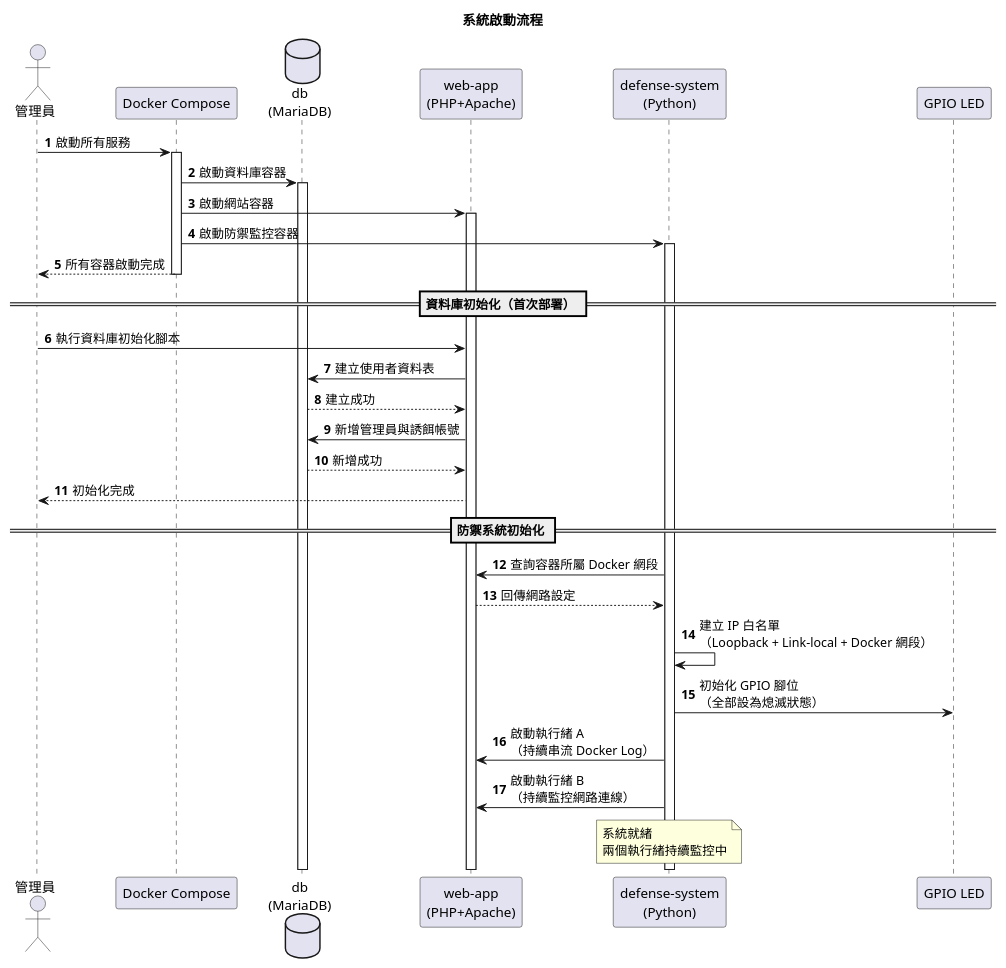
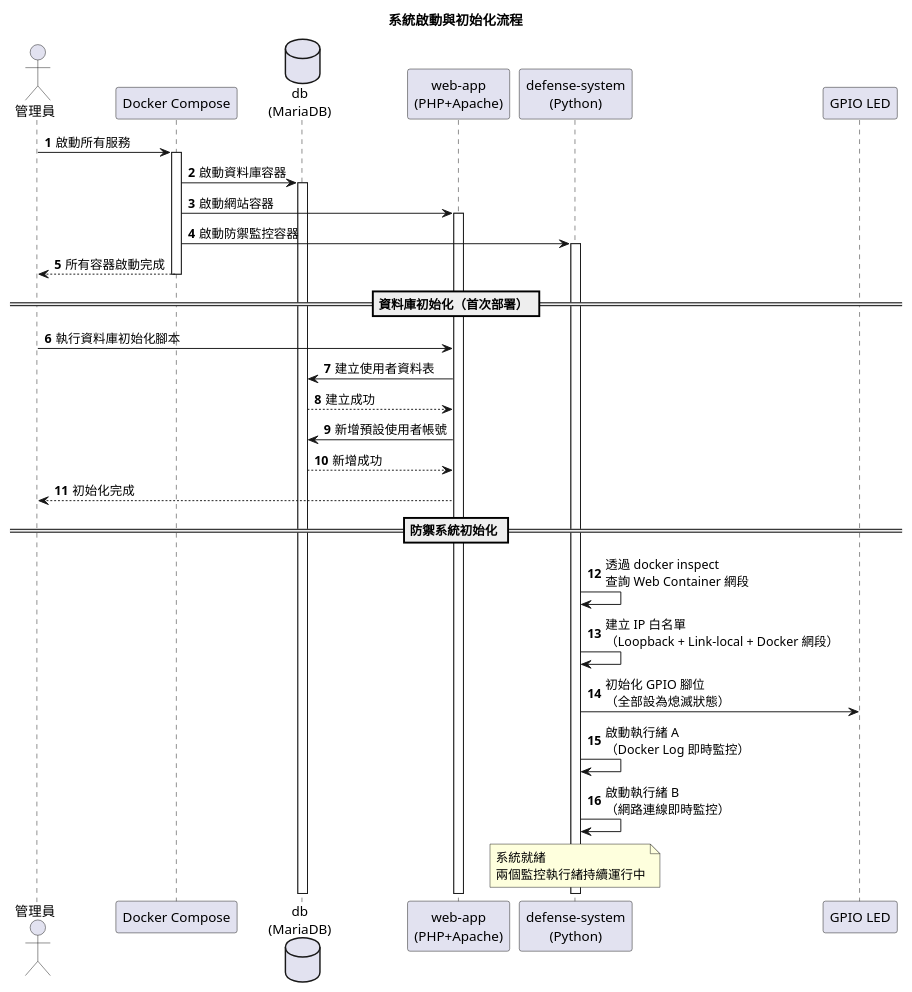
Before and after one commit to zyyuy0u/Physic-Flag-CTF: the first of 3 diagrams in docs/sequence-diagrams.puml, drawn with PlantUML. The commit also changed other lines of this file and 5 other files, not shown here.

```diff
--- a/docs/sequence-diagrams.puml
+++ b/docs/sequence-diagrams.puml
@@ -4,47 +12,46 @@
 @startuml 01_system_startup
-title 系統啟動流程
+title 系統啟動與初始化流程
 
 actor "管理員" as Admin
 participant "Docker Compose" as DC
 database "db\n(MariaDB)" as DB
 participant "web-app\n(PHP+Apache)" as Web
 participant "defense-system\n(Python)" as Defense
 participant "GPIO LED" as LED
 
 autonumber
 
 Admin -> DC: 啟動所有服務
 activate DC
 DC -> DB: 啟動資料庫容器
 activate DB
 DC -> Web: 啟動網站容器
 activate Web
 DC -> Defense: 啟動防禦監控容器
 activate Defense
 DC --> Admin: 所有容器啟動完成
 deactivate DC
 
 == 資料庫初始化（首次部署） ==
 
 Admin -> Web: 執行資料庫初始化腳本
 Web -> DB: 建立使用者資料表
 DB --> Web: 建立成功
-Web -> DB: 新增管理員與誘餌帳號
+Web -> DB: 新增預設使用者帳號
 DB --> Web: 新增成功
 Web --> Admin: 初始化完成
 
 == 防禦系統初始化 ==
 
-Defense -> Web: 查詢容器所屬 Docker 網段
-Web --> Defense: 回傳網路設定
+Defense -> Defense: 透過 docker inspect\n查詢 Web Container 網段
 
 Defense -> Defense: 建立 IP 白名單\n（Loopback + Link-local + Docker 網段）
 
 Defense -> LED: 初始化 GPIO 腳位\n（全部設為熄滅狀態）
 
-Defense -> Web: 啟動執行緒 A\n（持續串流 Docker Log）
-Defense -> Web: 啟動執行緒 B\n（持續監控網路連線）
+Defense -> Defense: 啟動執行緒 A\n（Docker Log 即時監控）
+Defense -> Defense: 啟動執行緒 B\n（網路連線即時監控）
 
-note over Defense: 系統就緒\n兩個執行緒持續監控中
+note over Defense: 系統就緒\n兩個監控執行緒持續運行中
 
 @enduml
```
